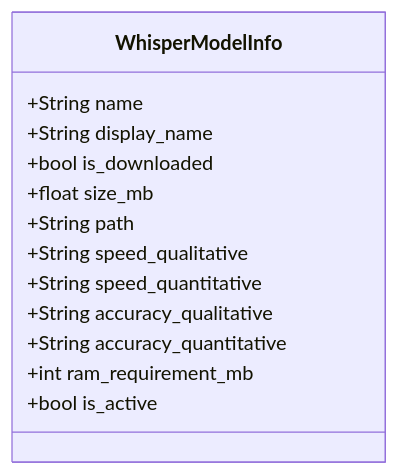
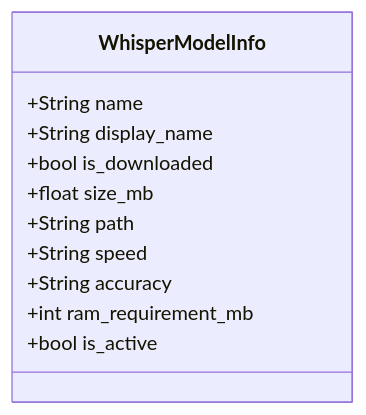
One commit to Zebastjan/Syllablaze changed the diagram in docs/whisper_model_management_plan.md. Above: the diagram before and after it, drawn with Mermaid. The commit also changed other lines of this file and 7 other files, not shown here.

````diff
--- a/docs/whisper_model_management_plan.md
+++ b/docs/whisper_model_management_plan.md
@@ -20,16 +11,14 @@
 ```mermaid
 classDiagram
     class WhisperModelInfo {
         +String name
         +String display_name
         +bool is_downloaded
         +float size_mb
         +String path
-        +String speed_qualitative
-        +String speed_quantitative
-        +String accuracy_qualitative
-        +String accuracy_quantitative
+        +String speed
+        +String accuracy
         +int ram_requirement_mb
         +bool is_active
     }
 ```
````
